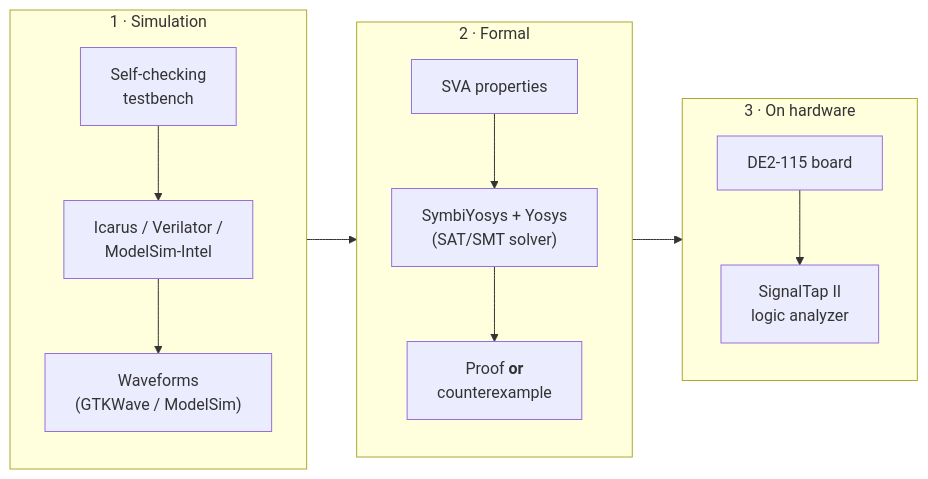
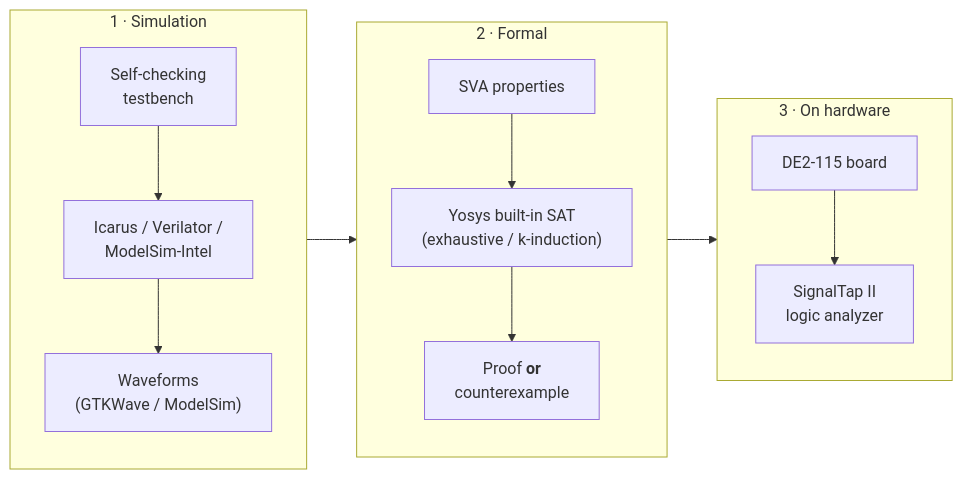
The diagram in docs/verification.md (GitScrider/16bits-processor), drawn with Mermaid before and after one commit. The commit also changed other lines of this file and 6 other files, not shown here.

````diff
--- a/docs/verification.md
+++ b/docs/verification.md
@@ -9,15 +9,15 @@
 ```mermaid
 flowchart LR
     subgraph L1["1 · Simulation"]
       A["Self-checking<br/>testbench"] --> B["Icarus / Verilator /<br/>ModelSim-Intel"]
       B --> C["Waveforms<br/>(GTKWave / ModelSim)"]
     end
     subgraph L2["2 · Formal"]
-      D["SVA properties"] --> E["SymbiYosys + Yosys<br/>(SAT/SMT solver)"]
+      D["SVA properties"] --> E["Yosys built-in SAT<br/>(exhaustive / k-induction)"]
       E --> F["Proof <b>or</b><br/>counterexample"]
     end
     subgraph L3["3 · On hardware"]
       G["DE2-115 board"] --> H["SignalTap II<br/>logic analyzer"]
     end
     L1 --> L2 --> L3
 ```
````
